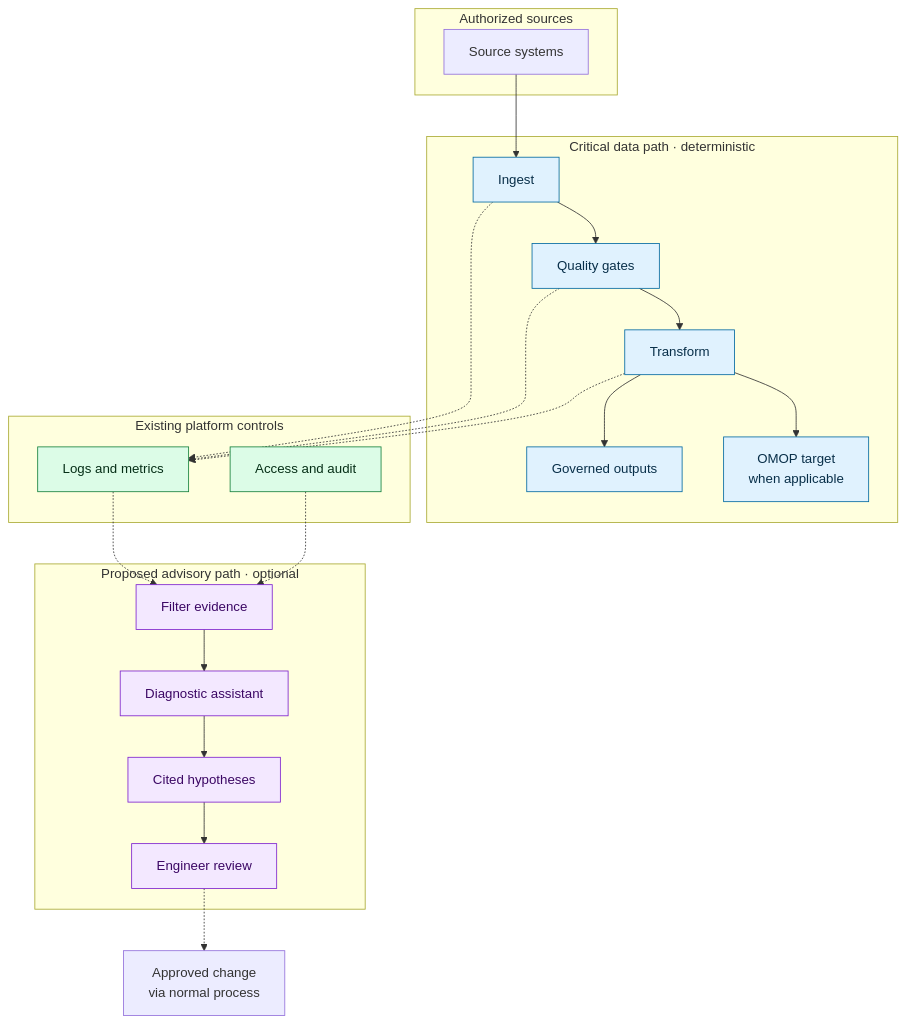
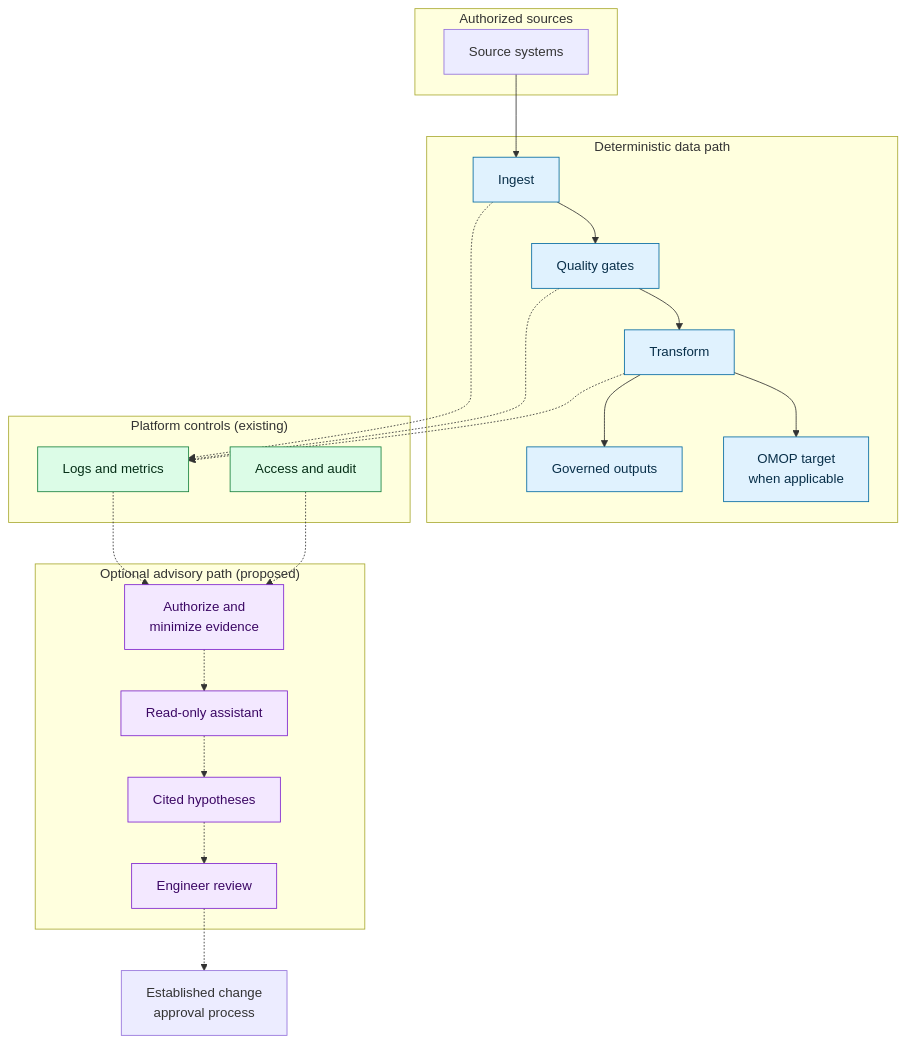
Before and after one commit to CAUCOLabs/intelligent-data-pipeline-engineering: the first of 2 diagrams in README.md, drawn with Mermaid. The commit also changed other lines of this file, not shown here.

Commit message:
docs: verify platform capabilities and refine architecture

````diff
--- a/README.md
+++ b/README.md
@@ -54,34 +55,34 @@
 ```mermaid
 flowchart TB
   subgraph S["Authorized sources"]
     SRC["Source systems"]
   end
-  subgraph P["Critical data path · deterministic"]
+  subgraph P["Deterministic data path"]
     ING["Ingest"] --> VAL["Quality gates"]
     VAL --> TR["Transform"]
     TR --> OUT["Governed outputs"]
     TR --> OM["OMOP target<br/>when applicable"]
   end
-  subgraph O["Existing platform controls"]
+  subgraph O["Platform controls (existing)"]
     OBS["Logs and metrics"]
     GOV["Access and audit"]
   end
-  subgraph A["Proposed advisory path · optional"]
-    MIN["Filter evidence"] --> AI["Diagnostic assistant"]
-    AI --> REP["Cited hypotheses"]
-    REP --> REV["Engineer review"]
+  subgraph A["Optional advisory path (proposed)"]
+    MIN["Authorize and<br/>minimize evidence"] -.-> AI["Read-only assistant"]
+    AI -.-> REP["Cited hypotheses"]
+    REP -.-> REV["Engineer review"]
   end
   SRC --> ING
   ING -.-> OBS
   VAL -.-> OBS
   TR -.-> OBS
   OBS -.-> MIN
   GOV -.-> MIN
-  REV -.-> DEC["Approved change<br/>via normal process"]
+  REV -.-> DEC["Established change<br/>approval process"]
   classDef data fill:#e0f2fe,stroke:#0369a1,color:#082f49;
   classDef control fill:#dcfce7,stroke:#15803d,color:#052e16;
   classDef advisory fill:#f3e8ff,stroke:#7e22ce,color:#3b0764;
   class ING,VAL,TR,OUT,OM data;
   class OBS,GOV control;
   class MIN,AI,REP,REV advisory;
 ```
````
